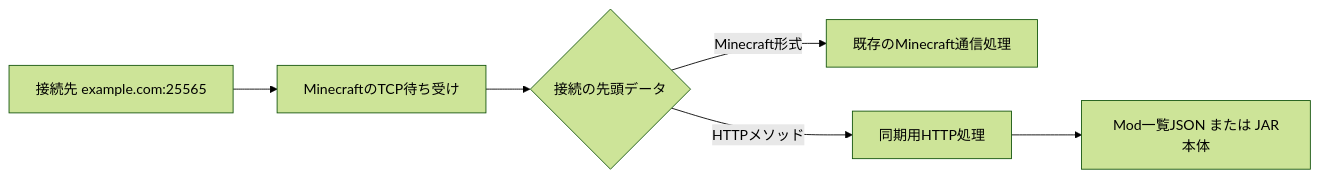
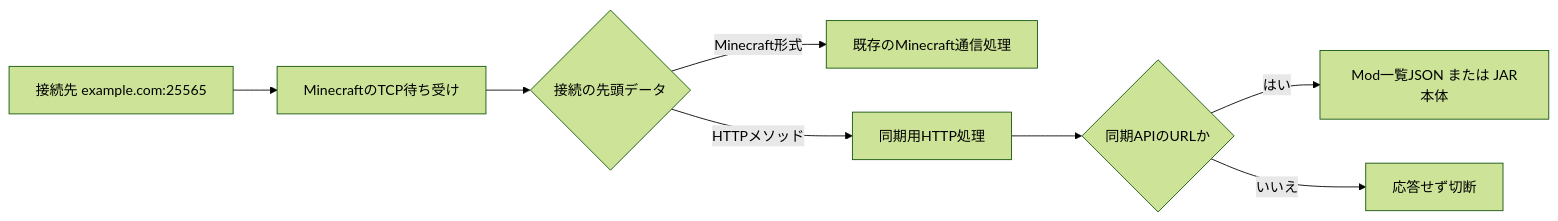
The diagram in PROTOCOL-ja.md (miniai-saka/mod-sync-mod), drawn with Mermaid (forest theme) before and after one commit. The commit also changed other lines of this file and 32 other files, not shown here.

````diff
--- a/PROTOCOL-ja.md
+++ b/PROTOCOL-ja.md
@@ -9,8 +9,10 @@
 ```mermaid
 flowchart LR
   A[接続先 example.com:25565] --> B[MinecraftのTCP待ち受け]
   B --> C{接続の先頭データ}
   C -->|Minecraft形式| D[既存のMinecraft通信処理]
   C -->|HTTPメソッド| E[同期用HTTP処理]
-  E --> F[Mod一覧JSON または JAR本体]
+  E --> G{同期APIのURLか}
+  G -->|はい| F[Mod一覧JSON または JAR本体]
+  G -->|いいえ| H[応答せず切断]
 ```
````
